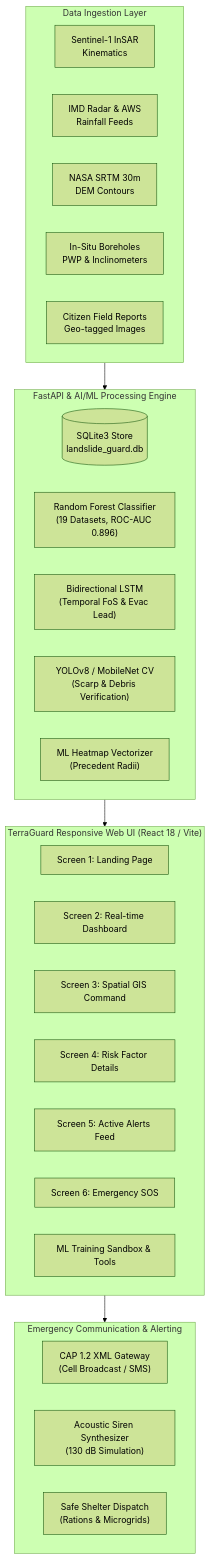
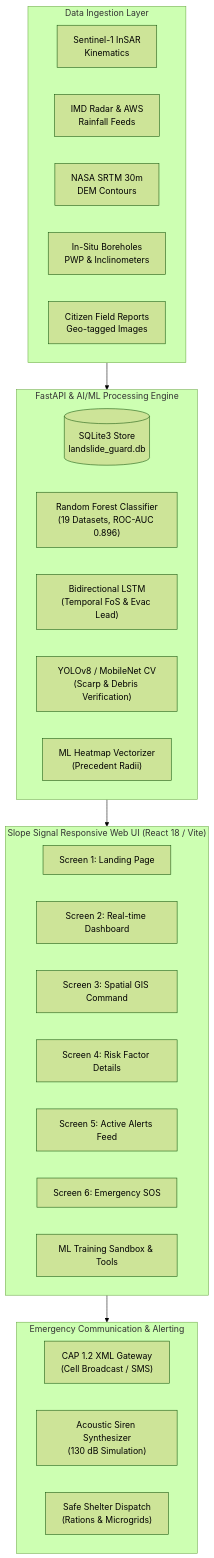
The first of 2 diagrams in docs/PRD.md (ayushman-04/hackindia-ai-cybertech-hackathon-2026-code-sentinels), drawn with Mermaid (forest theme) before and after one commit. The commit also changed other lines of this file and 5 other files, not shown here.

Commit message:
docs: update project branding and metadata to Slope Signal

````diff
--- a/docs/PRD.md
+++ b/docs/PRD.md
@@ -35,38 +35,38 @@
 ```mermaid
 flowchart TB
     subgraph DataIngestion ["Data Ingestion Layer"]
         InSAR["Sentinel-1 InSAR\nKinematics"]
         IMD["IMD Radar & AWS\nRainfall Feeds"]
         SRTM["NASA SRTM 30m\nDEM Contours"]
         IoT["In-Situ Boreholes\nPWP & Inclinometers"]
         Citizen["Citizen Field Reports\nGeo-tagged Images"]
     end
 
     subgraph BackendML ["FastAPI & AI/ML Processing Engine"]
         DB[(SQLite3 Store\nlandslide_guard.db)]
         RF["Random Forest Classifier\n(19 Datasets, ROC-AUC 0.896)"]
         LSTM["Bidirectional LSTM\n(Temporal FoS & Evac Lead)"]
         CV["YOLOv8 / MobileNet CV\n(Scarp & Debris Verification)"]
         HeatmapEngine["ML Heatmap Vectorizer\n(Precedent Radii)"]
     end
 
-    subgraph FrontendUI ["TerraGuard Responsive Web UI (React 18 / Vite)"]
+    subgraph FrontendUI ["Slope Signal Responsive Web UI (React 18 / Vite)"]
         Home["Screen 1: Landing Page"]
         Dashboard["Screen 2: Real-time Dashboard"]
         RiskMap["Screen 3: Spatial GIS Command"]
         RiskDetails["Screen 4: Risk Factor Details"]
         Alerts["Screen 5: Active Alerts Feed"]
         SOS["Screen 6: Emergency SOS"]
         AdvancedML["ML Training Sandbox & Tools"]
     end
 
     subgraph DispatchOut ["Emergency Communication & Alerting"]
         CAP["CAP 1.2 XML Gateway\n(Cell Broadcast / SMS)"]
         Siren["Acoustic Siren Synthesizer\n(130 dB Simulation)"]
         Shelters["Safe Shelter Dispatch\n(Rations & Microgrids)"]
     end
 
     DataIngestion --> BackendML
     BackendML --> FrontendUI
     FrontendUI --> DispatchOut
 ```
````
